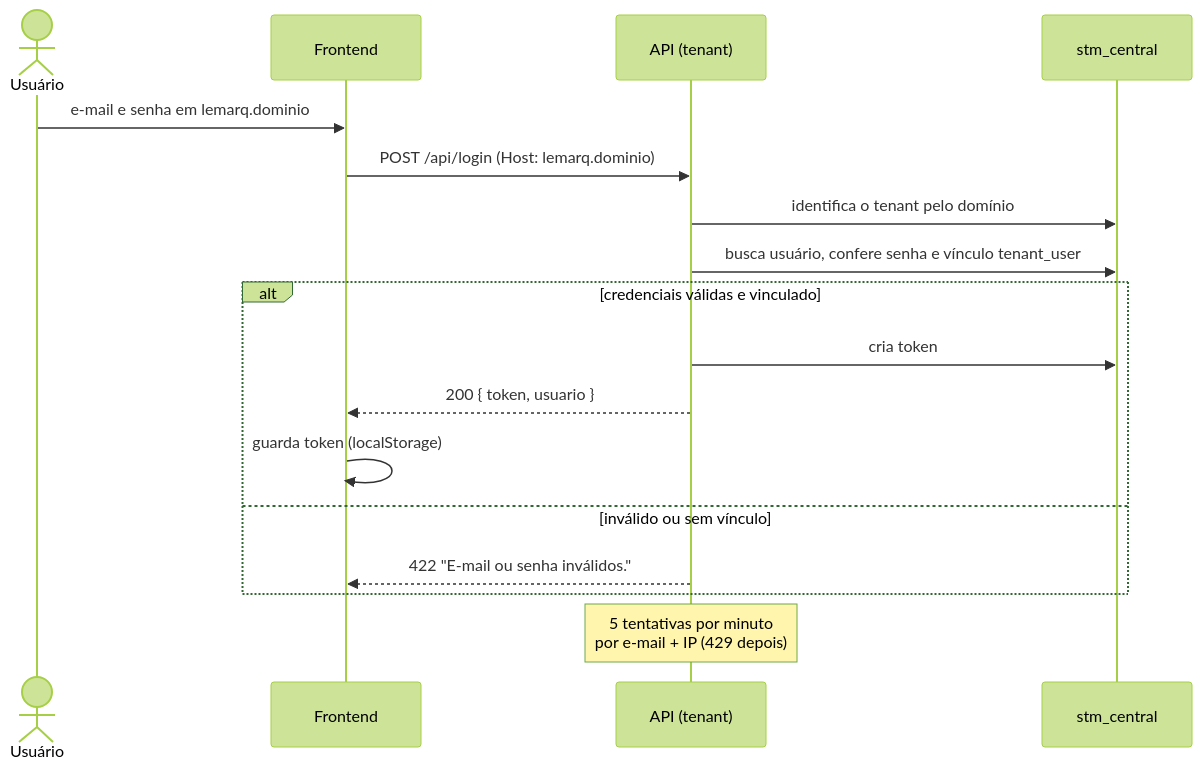
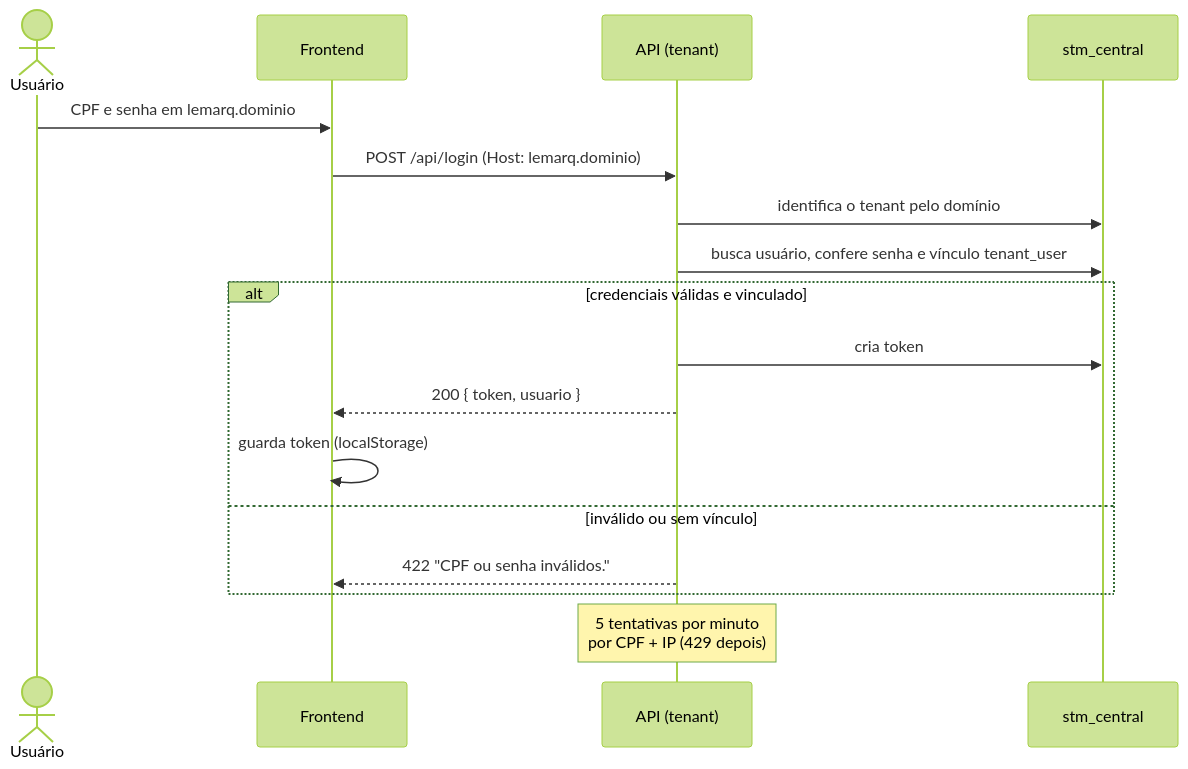
The third of 5 diagrams in docs/arquitetura/arc42.md (CristovaoCarlos/ERP-Estudos), drawn with Mermaid (forest theme) before and after one commit. The commit also changed other lines of this file and 26 other files, not shown here.

First line of the commit message:
feat(auth): login por CPF no lugar do e-mail

````diff
--- a/docs/arquitetura/arc42.md
+++ b/docs/arquitetura/arc42.md
@@ -131,20 +131,20 @@
 ```mermaid
 sequenceDiagram
     actor U as Usuário
     participant F as Frontend
     participant A as API (tenant)
     participant C as stm_central
 
-    U->>F: e-mail e senha em lemarq.dominio
+    U->>F: CPF e senha em lemarq.dominio
     F->>A: POST /api/login (Host: lemarq.dominio)
     A->>C: identifica o tenant pelo domínio
     A->>C: busca usuário, confere senha e vínculo tenant_user
     alt credenciais válidas e vinculado
         A->>C: cria token
         A-->>F: 200 { token, usuario }
         F->>F: guarda token (localStorage)
     else inválido ou sem vínculo
-        A-->>F: 422 "E-mail ou senha inválidos."
+        A-->>F: 422 "CPF ou senha inválidos."
     end
-    Note over A: 5 tentativas por minuto<br/>por e-mail + IP (429 depois)
+    Note over A: 5 tentativas por minuto<br/>por CPF + IP (429 depois)
 ```
````
